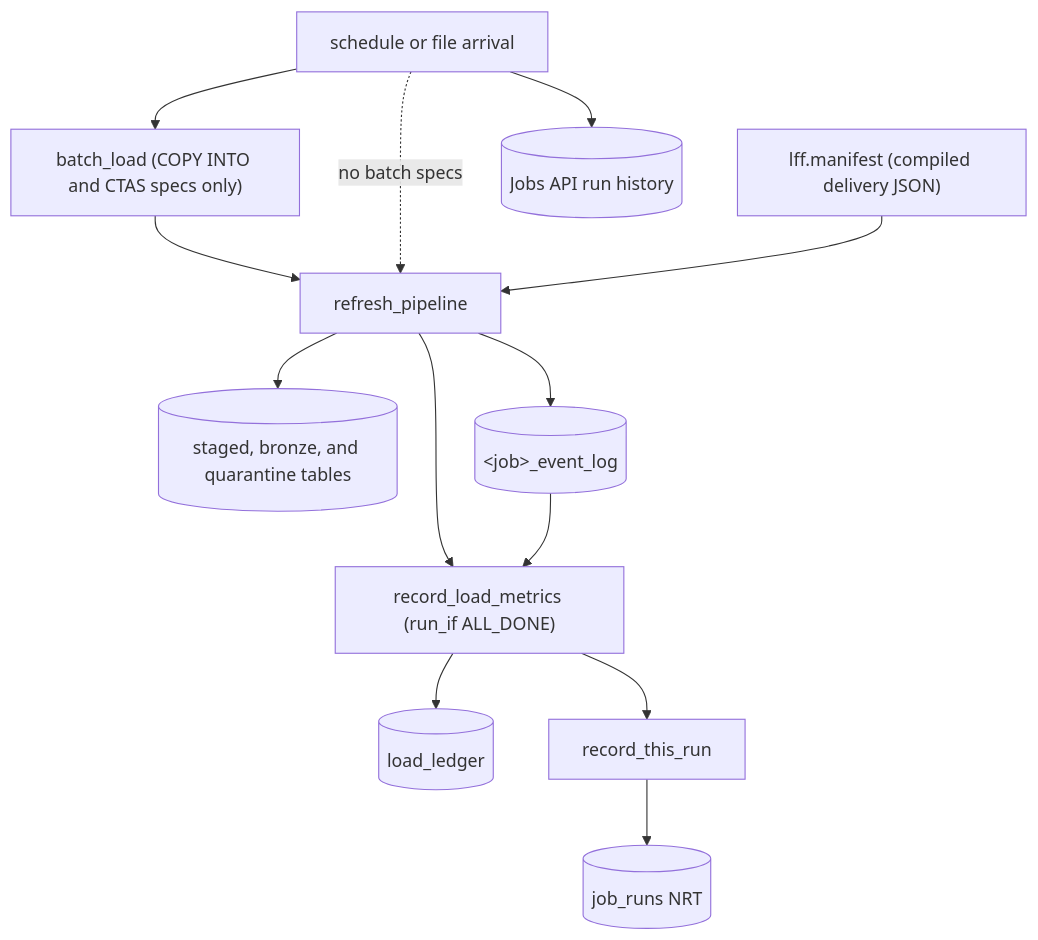
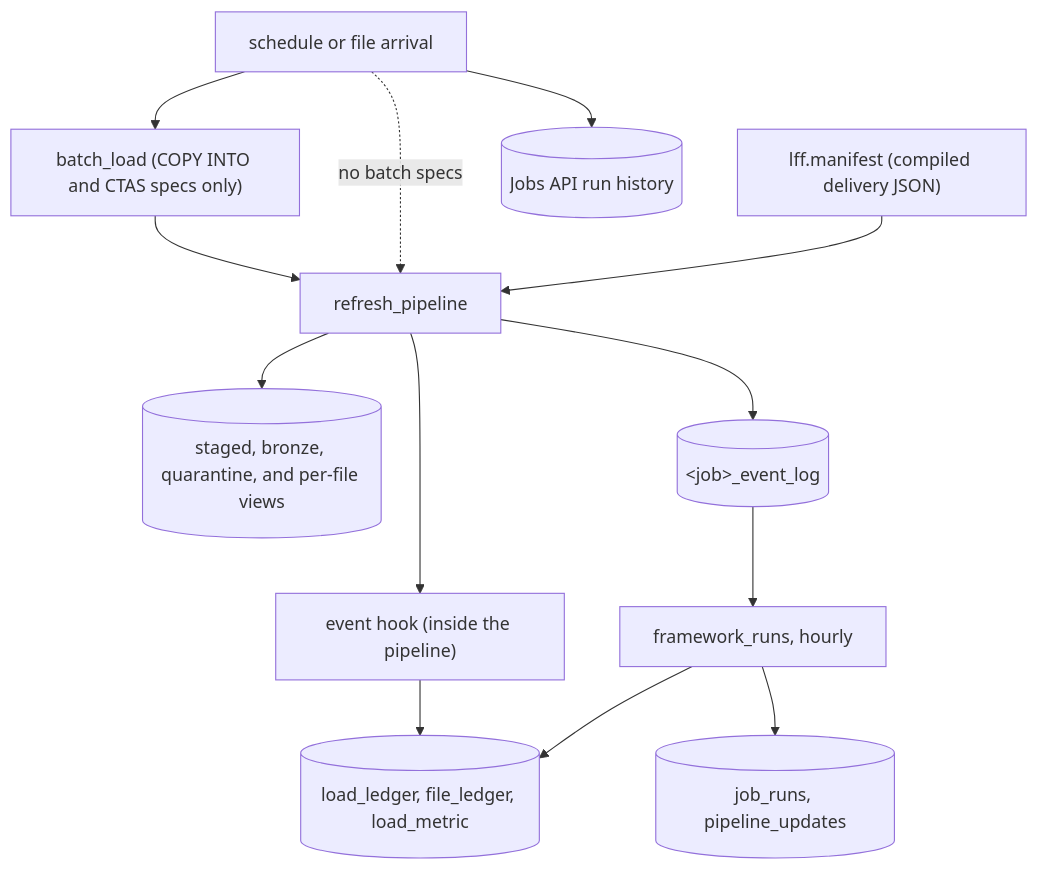
The second of 9 diagrams in framework_docs/ARCHITECTURE.md (NitinKeshavB/framework), drawn with Mermaid before and after one commit. The commit also changed other lines of this file and 42 other files, not shown here.

````diff
--- a/framework_docs/ARCHITECTURE.md
+++ b/framework_docs/ARCHITECTURE.md
@@ -72,15 +78,15 @@
 ```mermaid
 flowchart TD
   trigger[schedule or file arrival] --> batchLoad["batch_load (COPY INTO and CTAS specs only)"]
   batchLoad --> refresh[refresh_pipeline]
   trigger -. no batch specs .-> refresh
   specs["lff.manifest (compiled delivery JSON)"] --> refresh
-  refresh --> tables[(staged, bronze, and quarantine tables)]
+  refresh --> tables[(staged, bronze, quarantine, and per-file views)]
   refresh --> eventLog[("&lt;job&gt;_event_log")]
-  refresh --> recordMetrics["record_load_metrics (run_if ALL_DONE)"]
-  eventLog --> recordMetrics
-  recordMetrics --> ledger[(load_ledger)]
-  recordMetrics --> recordThisRun[record_this_run]
-  recordThisRun --> jobRuns[(job_runs NRT)]
+  refresh --> hook["event hook (inside the pipeline)"]
+  hook --> ledger[(load_ledger, file_ledger, load_metric)]
+  eventLog --> catchUp["framework_runs, hourly"]
+  catchUp --> ledger
+  catchUp --> jobRuns[(job_runs, pipeline_updates)]
   trigger --> jobsApi[(Jobs API run history)]
 ```
````
